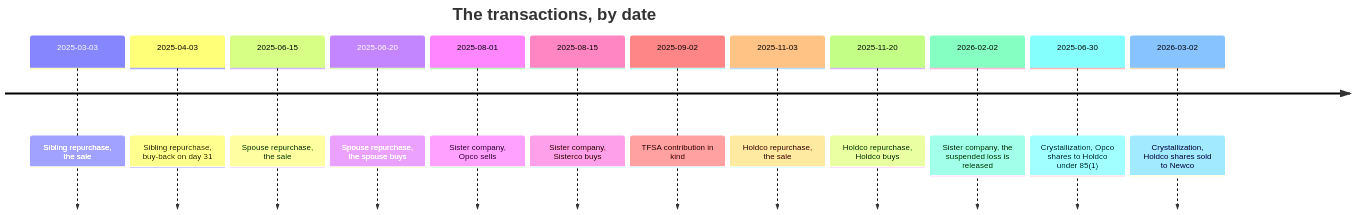
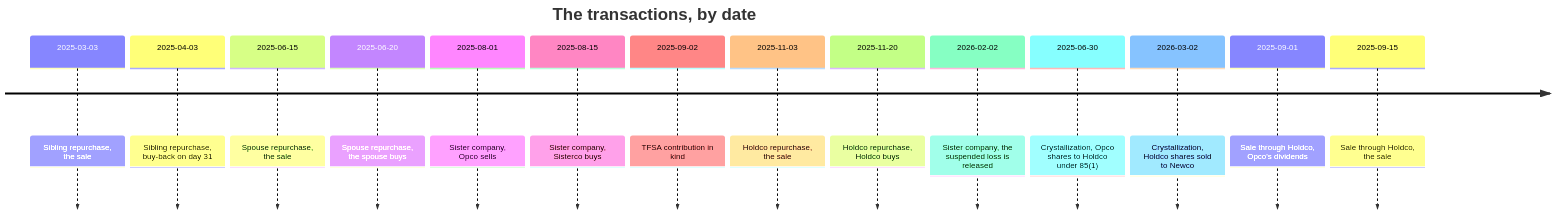
The third of 4 diagrams in docs/graphs/dashboard.md (SeanWMurray/Canteen), drawn with Mermaid before and after one commit. The commit also changed other lines of this file and 10 other files, not shown here.

First line of the commit message:
Add a transaction: selling Opco through Holdco, with dividends first

````diff
--- a/docs/graphs/dashboard.md
+++ b/docs/graphs/dashboard.md
@@ -50,16 +51,18 @@
 ```mermaid
 timeline
     title The transactions, by date
     2025-03-03 : Sibling repurchase, the sale
     2025-04-03 : Sibling repurchase, buy-back on day 31
     2025-06-15 : Spouse repurchase, the sale
     2025-06-20 : Spouse repurchase, the spouse buys
     2025-08-01 : Sister company, Opco sells
     2025-08-15 : Sister company, Sisterco buys
     2025-09-02 : TFSA contribution in kind
     2025-11-03 : Holdco repurchase, the sale
     2025-11-20 : Holdco repurchase, Holdco buys
     2026-02-02 : Sister company, the suspended loss is released
     2025-06-30 : Crystallization, Opco shares to Holdco under 85(1)
     2026-03-02 : Crystallization, Holdco shares sold to Newco
+    2025-09-01 : Sale through Holdco, Opco's dividends
+    2025-09-15 : Sale through Holdco, the sale
 ```
````
